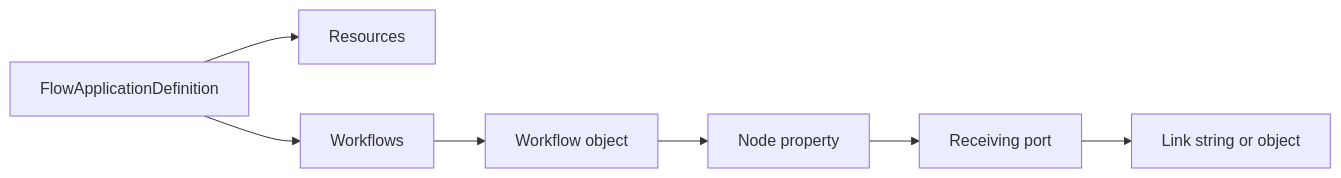
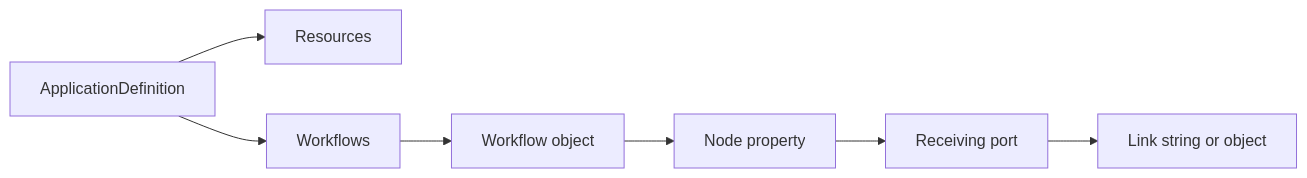
The fifth of 5 diagrams in docs/fork-flow.md (araxis/FluxMq), drawn with Mermaid before and after one commit. The commit also changed other lines of this file and 12 other files, not shown here.

````diff
--- a/docs/fork-flow.md
+++ b/docs/fork-flow.md
@@ -132,9 +132,9 @@
 ```mermaid
 flowchart LR
-    Definition["FlowApplicationDefinition"] --> Resources["Resources"]
+    Definition["ApplicationDefinition"] --> Resources["Resources"]
     Definition --> Workflows["Workflows"]
     Workflows --> Workflow["Workflow object"]
     Workflow --> Node["Node property"]
     Node --> Port["Receiving port"]
     Port --> Link["Link string or object"]
 ```
````
